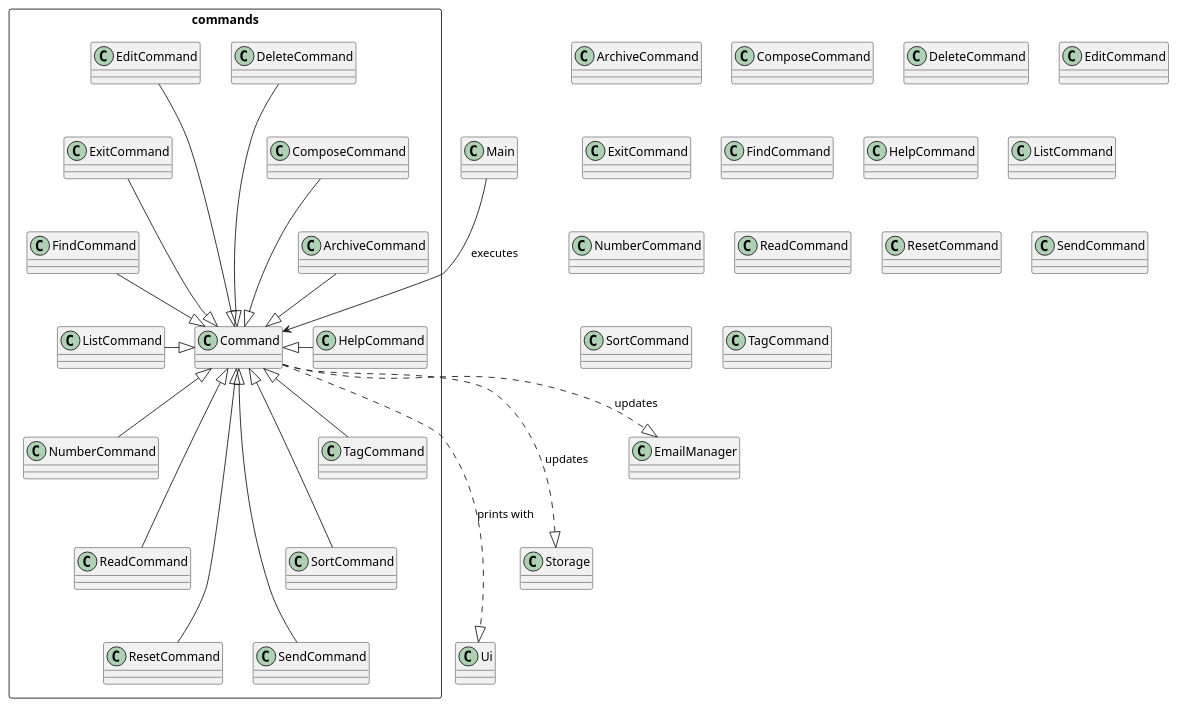
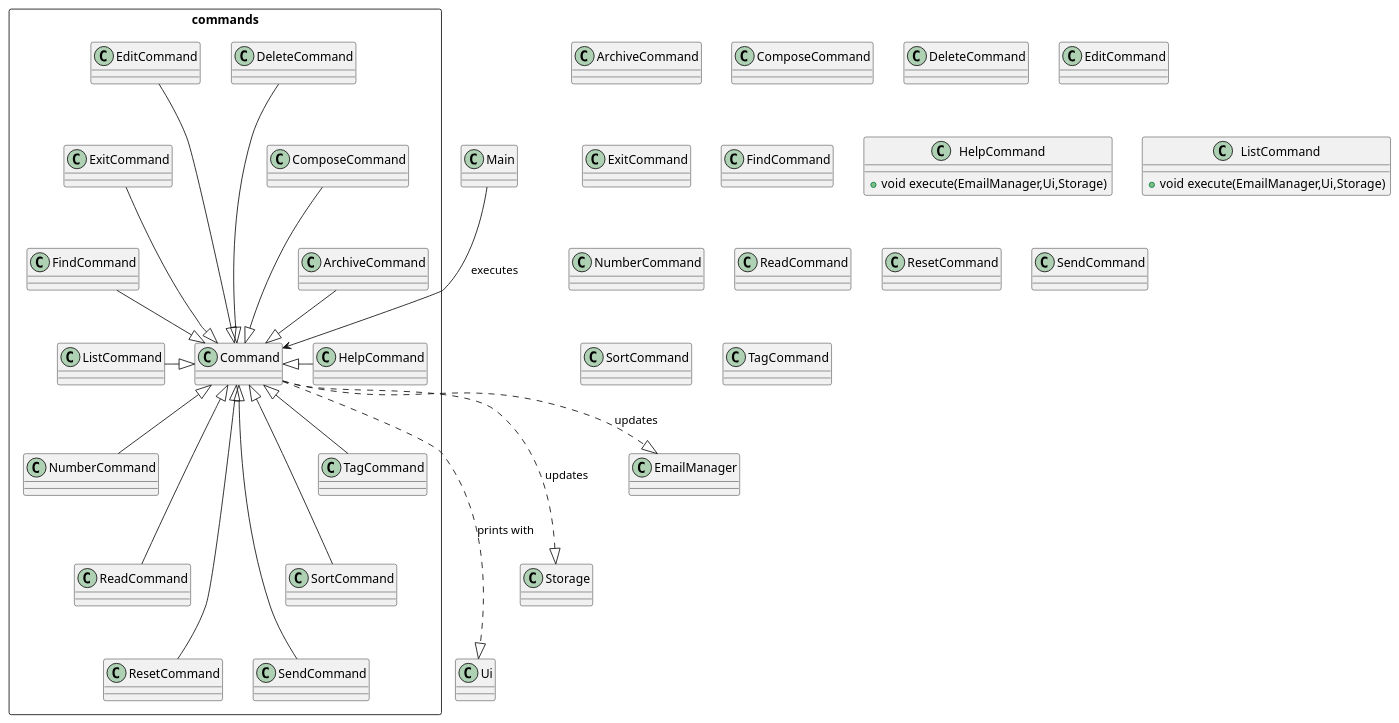
The diagram in docs/UML diagrams/CommandClassDiagram.puml (yanli1215/tp), drawn with PlantUML before and after one commit. The commit also changed 1 other file, not shown here.

Commit message:
Edit UML diagram

```diff
--- a/docs/UML diagrams/CommandClassDiagram.puml
+++ b/docs/UML diagrams/CommandClassDiagram.puml
@@ -1,98 +1,98 @@
 @startuml
 'https://plantuml.com/class-diagram
 
 package commands <<rectangle>>{
 class Command
 class ArchiveCommand
 class ComposeCommand
 class DeleteCommand
 class EditCommand
 class ExitCommand
 class FindCommand
 class HelpCommand
 class ListCommand
 class NumberCommand
 class ReadCommand
 class ResetCommand
 class SendCommand
 class SortCommand
 class TagCommand
 }
 
 Main ---> Command: executes
 ArchiveCommand -down-|> Command
 ComposeCommand -down--|> Command
 DeleteCommand -down---|> Command
 EditCommand -down---|> Command
 ExitCommand -down--|> Command
 FindCommand -down-|> Command
 HelpCommand -left-|> Command
 ListCommand -right-|> Command
 NumberCommand -up-|> Command
 ReadCommand -up--|> Command
 ResetCommand -up---|> Command
 SendCommand -up---|> Command
 SortCommand -up--|> Command
 TagCommand -up-|> Command
 
 Command ....|> Ui: prints with
 Command ...|> Storage: updates
 Command ..|> EmailManager: updates
 
 class ArchiveCommand{
 
 }
 
 class ComposeCommand{
 
 }
 
 class DeleteCommand{
 
 }
 
 class EditCommand{
 
 }
 
 class ExitCommand{
 
 }
 
 class FindCommand{
 
 }
 
 class HelpCommand{
-
++ void execute(EmailManager,Ui,Storage)
 }
 
 class ListCommand{
-
++ void execute(EmailManager,Ui,Storage)
 }
 
 class NumberCommand{
 
 }
 
 class ReadCommand{
 
 }
 
 class ResetCommand{
 
 }
 
 class SendCommand{
 
 }
 
 class SortCommand{
 
 }
 
 class TagCommand{
 
 }
 
 @enduml
```
